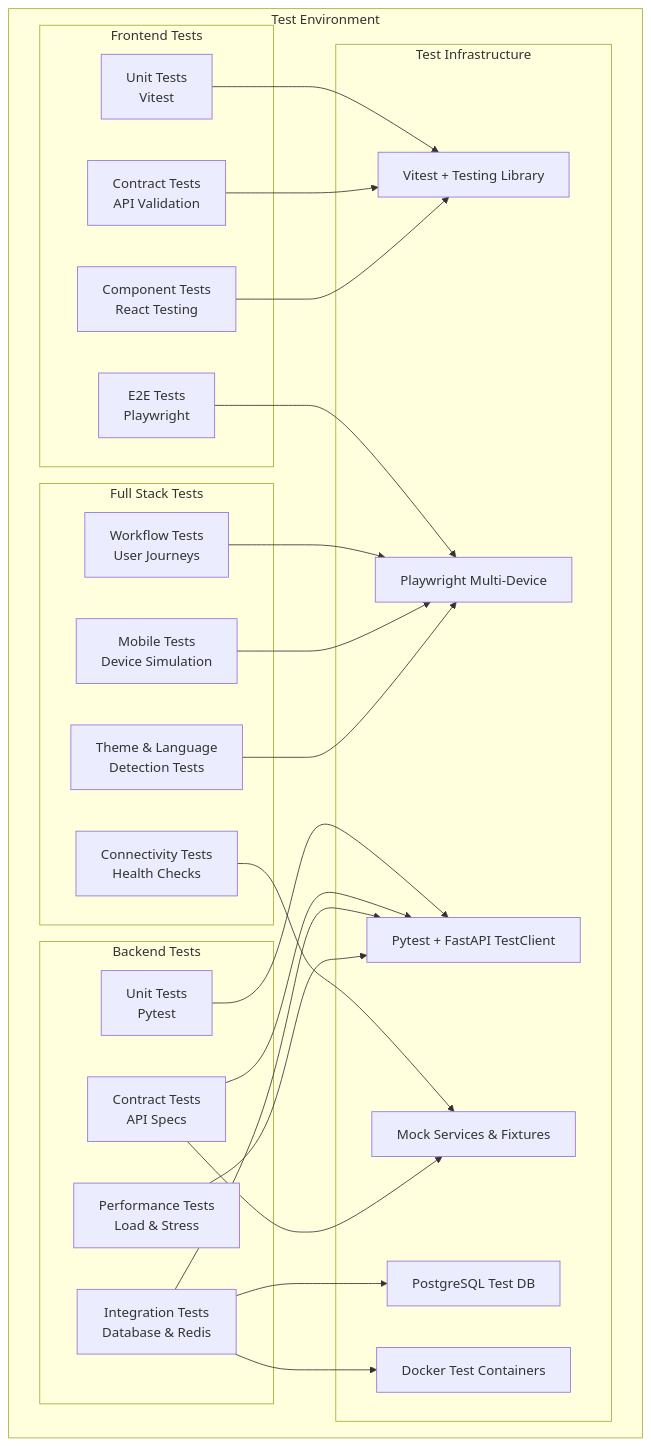
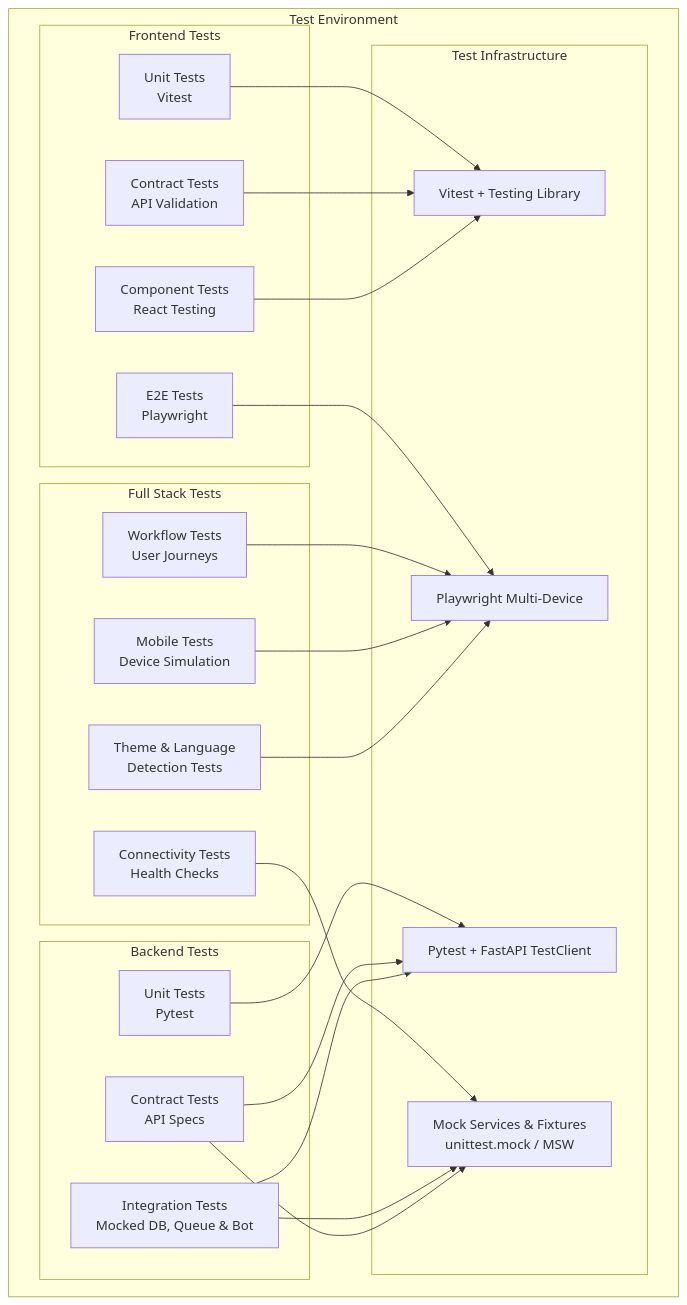
Before and after one commit to gofrolist/calorie-track-ai-bot-api: the first of 7 diagrams in docs/INTEGRATION_TESTING.md, drawn with Mermaid. The commit also changed other lines of this file and 49 other files, not shown here.

First line of the commit message:
docs: align documentation with current code and architecture

````diff
--- a/docs/INTEGRATION_TESTING.md
+++ b/docs/INTEGRATION_TESTING.md
@@ -9,57 +9,52 @@
 ```mermaid
 graph TB
     subgraph "Test Environment"
         subgraph "Frontend Tests"
             UNIT_FE[Unit Tests<br/>Vitest]
             CONTRACT_FE[Contract Tests<br/>API Validation]
             COMPONENT_FE[Component Tests<br/>React Testing]
             E2E_FE[E2E Tests<br/>Playwright]
         end
 
         subgraph "Backend Tests"
             UNIT_BE[Unit Tests<br/>Pytest]
             CONTRACT_BE[Contract Tests<br/>API Specs]
-            INTEGRATION_BE[Integration Tests<br/>Database & Redis]
-            PERFORMANCE_BE[Performance Tests<br/>Load & Stress]
+            INTEGRATION_BE[Integration Tests<br/>Mocked DB, Queue & Bot]
         end
 
         subgraph "Full Stack Tests"
             CONNECTIVITY[Connectivity Tests<br/>Health Checks]
             WORKFLOW[Workflow Tests<br/>User Journeys]
             MOBILE[Mobile Tests<br/>Device Simulation]
             THEME_LANG[Theme & Language<br/>Detection Tests]
         end
 
         subgraph "Test Infrastructure"
             VITEST[Vitest + Testing Library]
             PLAYWRIGHT[Playwright Multi-Device]
             PYTEST[Pytest + FastAPI TestClient]
-            MOCK[Mock Services & Fixtures]
-            TESTDB[PostgreSQL Test DB]
-            DOCKER[Docker Test Containers]
+            MOCK[Mock Services & Fixtures<br/>unittest.mock / MSW]
         end
     end
 
     %% Frontend test connections
     UNIT_FE --> VITEST
     CONTRACT_FE --> VITEST
     COMPONENT_FE --> VITEST
     E2E_FE --> PLAYWRIGHT
 
     %% Backend test connections
     UNIT_BE --> PYTEST
     CONTRACT_BE --> PYTEST
     INTEGRATION_BE --> PYTEST
-    PERFORMANCE_BE --> PYTEST
 
     %% Full stack test connections
     CONNECTIVITY --> MOCK
     WORKFLOW --> PLAYWRIGHT
     MOBILE --> PLAYWRIGHT
     THEME_LANG --> PLAYWRIGHT
 
     %% Infrastructure connections
-    INTEGRATION_BE --> TESTDB
-    INTEGRATION_BE --> DOCKER
+    INTEGRATION_BE --> MOCK
     CONTRACT_BE --> MOCK
 ```
````
